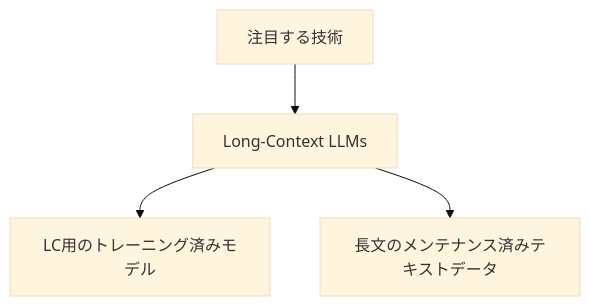
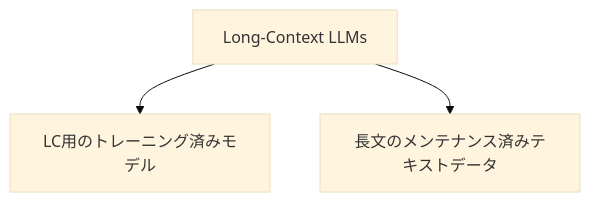
Before and after one commit to SparklingDetergent/doc_genai_Proposal_for_introducing_generative_AI_with_emphasis_on_safety: the eighth of 11 diagrams in README.md, drawn with Mermaid (base theme). The commit also changed other lines of this file, not shown here.

````diff
--- a/README.md
+++ b/README.md
@@ -294,6 +294,6 @@
 ```mermaid
 graph TD;
-    A[注目する技術] --> B[Long-Context LLMs];
+    B[Long-Context LLMs];
     B --> C[LC用のトレーニング済みモデル];
     B --> D[長文のメンテナンス済みテキストデータ];
 ```
````
